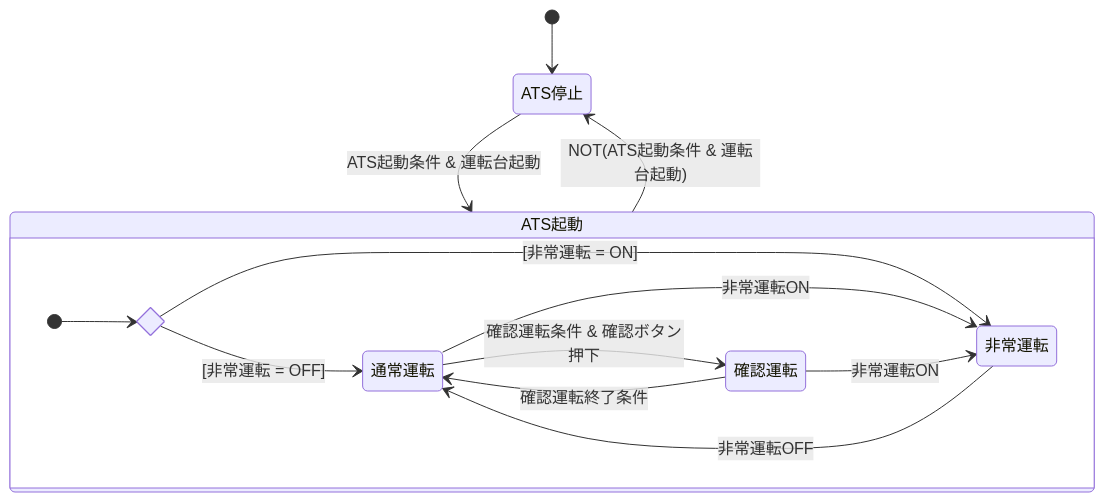
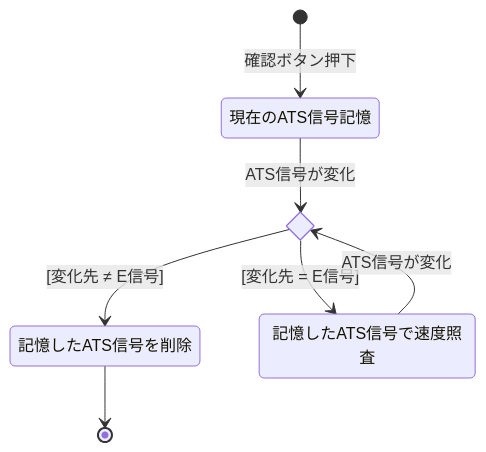
Before and after one commit to nona-takahara/sw-train-docs: the first of 2 diagrams in src/pages/protect/Soya-ATS.md, drawn with Mermaid. The commit also changed other lines of this file, not shown here.

Commit message:
確認運転のアルゴリズムを変更

````diff
--- a/src/pages/protect/Soya-ATS.md
+++ b/src/pages/protect/Soya-ATS.md
@@ -123,27 +125,11 @@
 ```mermaid
 stateDiagram-v2
-    off: ATS停止
-    on: ATS起動
+    state if <<choice>>
+    [*] --> 現在のATS信号記憶: 確認ボタン押下
+    現在のATS信号記憶 --> if: ATS信号が変化
+    if --> 記憶したATS信号を削除: [変化先 ≠ E信号]
+    if --> 記憶したATS信号で速度照査: [変化先 = E信号]
+    記憶したATS信号で速度照査 --> if: ATS信号が変化
 
-    [*] --> off
-    off --> on: ATS起動条件 & 運転台起動
-    on --> off: NOT(ATS起動条件 & 運転台起動)
-    state on {
-        direction LR
-        state if_state1 <<choice>>
-        m1: 通常運転
-        m2: 確認運転
-        m3: 非常運転
-
-        [*] --> if_state1
-        if_state1 --> m1: [非常運転 = OFF]
-        if_state1 --> m3 : [非常運転 = ON]
-
-        m1 --> m3: 非常運転ON
-        m2 --> m3: 非常運転ON
-        m3 --> m1: 非常運転OFF
-
-        m1 --> m2: 確認運転条件 & 確認ボタン押下
-        m2 --> m1: 確認運転終了条件
-    }
+    記憶したATS信号を削除 --> [*]
 ```
````
